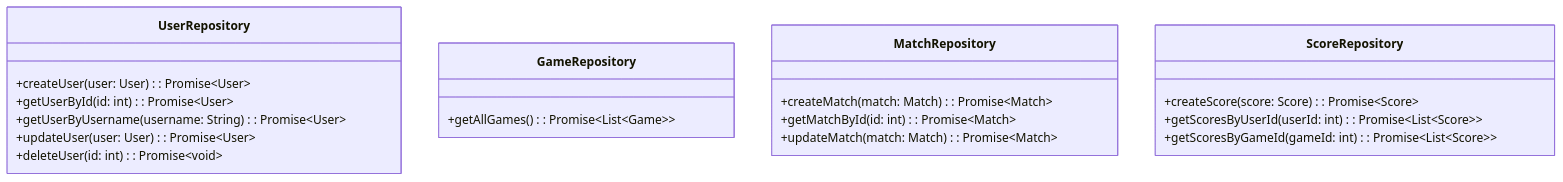
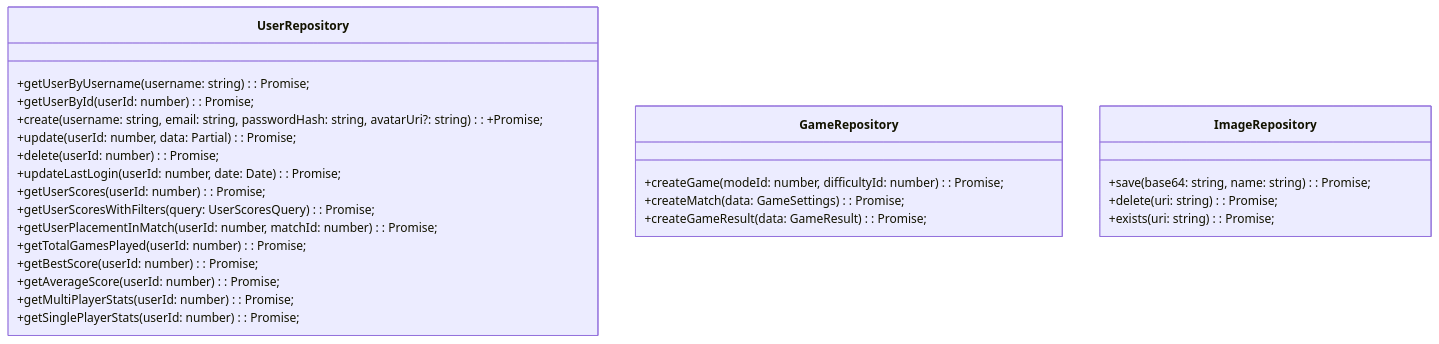
One commit to GitDevla/infinite-simon changed the fourth of 6 diagrams in docs/system-design.md. Above: the diagram before and after it, drawn with Mermaid. The commit also changed other lines of this file and 2 other files, not shown here.

````diff
--- a/docs/system-design.md
+++ b/docs/system-design.md
@@ -187,26 +186,31 @@
 ```mermaid
 classDiagram
     class UserRepository {
-        +createUser(user: User): Promise~User~
-        +getUserById(id: int): Promise~User~
-        +getUserByUsername(username: String): Promise~User~
-        +updateUser(user: User): Promise~User~
-        +deleteUser(id: int): Promise~void~
+        +getUserByUsername(username: string): Promise<User | null>;
+        +getUserById(userId: number): Promise<User | null>;
+        +create(username: string, email: string, passwordHash: string, avatarUri?: string): +Promise<User>;
+        +update(userId: number, data: Partial<User>): Promise<User>;
+        +delete(userId: number): Promise<void>;
+        +updateLastLogin(userId: number, date: Date): Promise<User>;
+        +getUserScores(userId: number): Promise<any[]>;
+        +getUserScoresWithFilters(query: UserScoresQuery): Promise<UserScores[]>;
+        +getUserPlacementInMatch(userId: number, matchId: number): Promise<UserPlacement>;
+        +getTotalGamesPlayed(userId: number): Promise<number>;
+        +getBestScore(userId: number): Promise<number | null>;
+        +getAverageScore(userId: number): Promise<number | null>;
+        +getMultiPlayerStats(userId: number): Promise<number>;
+        +getSinglePlayerStats(userId: number): Promise<number>;
     }
 
     class GameRepository {
-        +getAllGames(): Promise~List~Game~~
+        +createGame(modeId: number, difficultyId: number): Promise<Game>;
+        +createMatch(data: GameSettings): Promise<Match>;
+        +createGameResult(data: GameResult): Promise<any>;
     }
 
-    class MatchRepository {
-        +createMatch(match: Match): Promise~Match~
-        +getMatchById(id: int): Promise~Match~
-        +updateMatch(match: Match): Promise~Match~
-    }
-
-    class ScoreRepository {
-        +createScore(score: Score): Promise~Score~
-        +getScoresByUserId(userId: int): Promise~List~Score~~
-        +getScoresByGameId(gameId: int): Promise~List~Score~~
+    class ImageRepository {
+        +save(base64: string, name: string): Promise<string>;
+        +delete(uri: string): Promise<void>;
+        +exists(uri: string): Promise<boolean>;
     }
 ```
````
